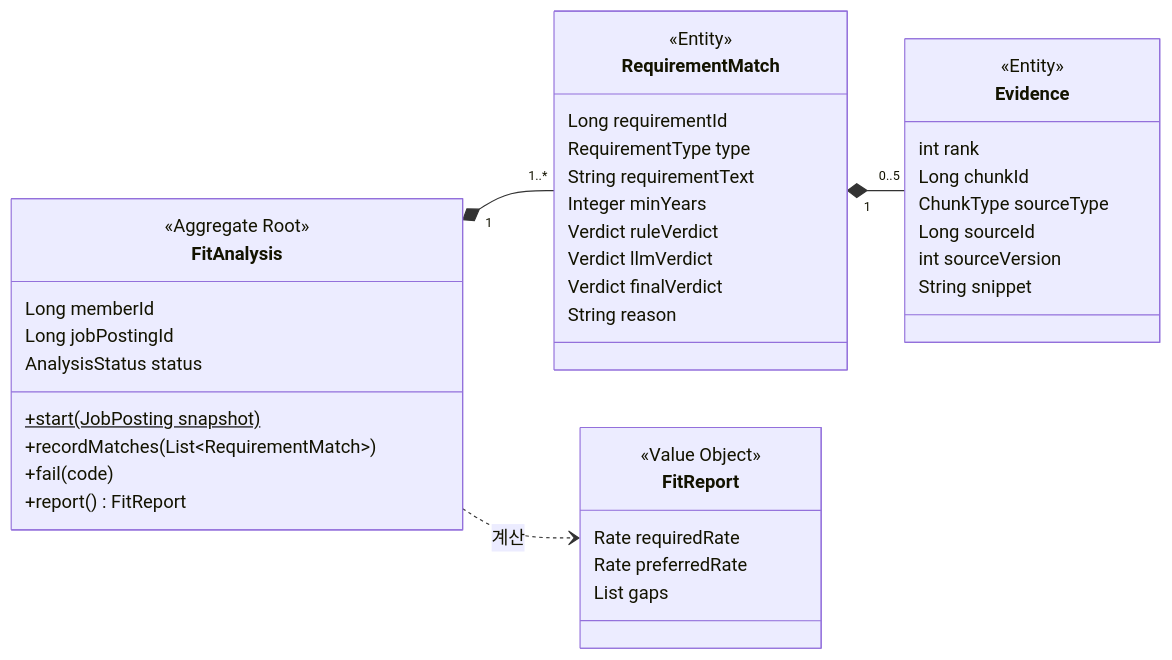
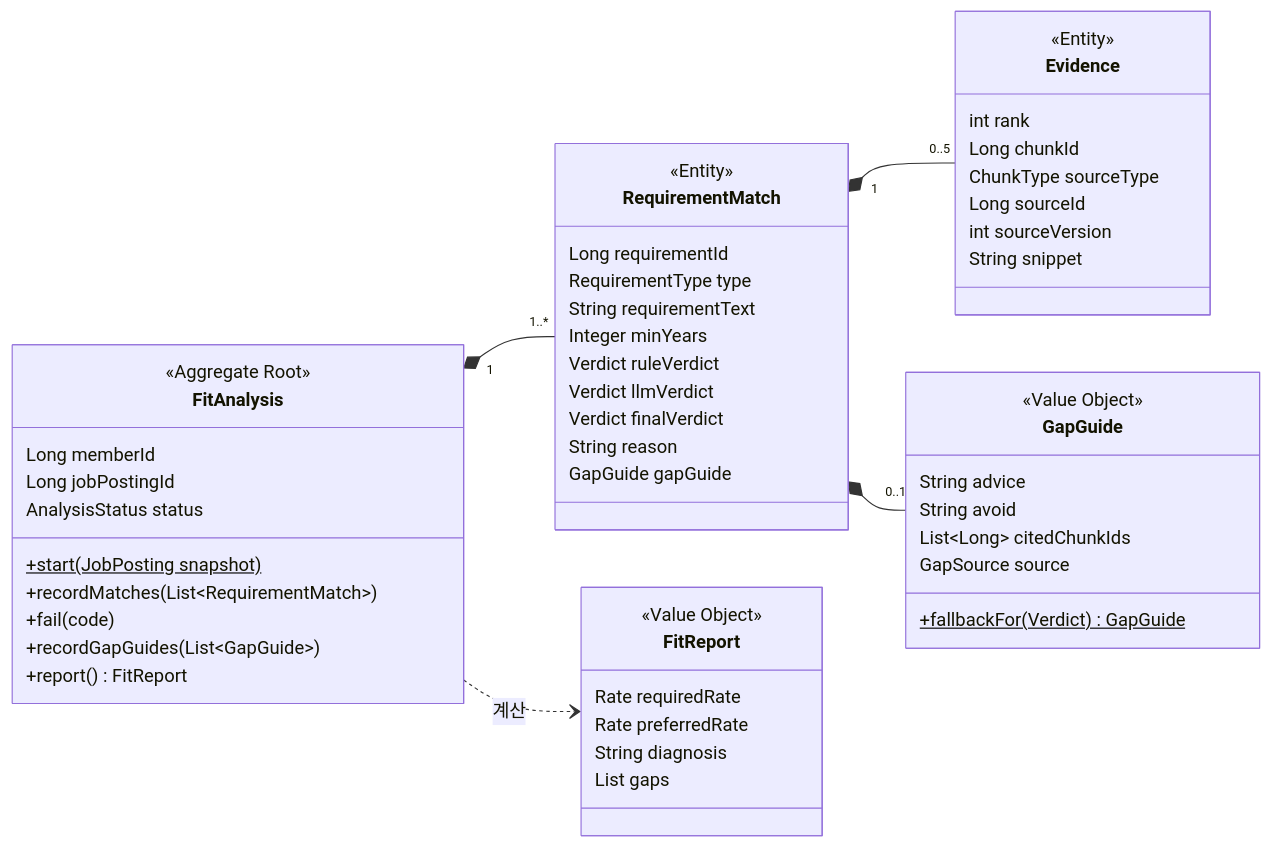
The fourth of 4 diagrams in docs/02-도메인-모델.md (nerd-nam/BE-nerdnam), drawn with Mermaid before and after one commit. The commit also changed other lines of this file and 5 other files, not shown here.

````diff
--- a/docs/02-도메인-모델.md
+++ b/docs/02-도메인-모델.md
@@ -390,43 +393,55 @@
 ```mermaid
 classDiagram
     direction LR
     class FitAnalysis {
         <<Aggregate Root>>
         Long memberId
         Long jobPostingId
         AnalysisStatus status
         +start(JobPosting snapshot)$
         +recordMatches(List~RequirementMatch~)
         +fail(code)
+        +recordGapGuides(List~GapGuide~)
         +report() FitReport
     }
     class RequirementMatch {
         <<Entity>>
         Long requirementId
         RequirementType type
         String requirementText
         Integer minYears
         Verdict ruleVerdict
         Verdict llmVerdict
         Verdict finalVerdict
         String reason
+        GapGuide gapGuide
+    }
+    class GapGuide {
+        <<Value Object>>
+        String advice
+        String avoid
+        List~Long~ citedChunkIds
+        GapSource source
+        +fallbackFor(Verdict)$ GapGuide
     }
     class Evidence {
         <<Entity>>
         int rank
         Long chunkId
         ChunkType sourceType
         Long sourceId
         int sourceVersion
         String snippet
     }
     class FitReport {
         <<Value Object>>
         Rate requiredRate
         Rate preferredRate
+        String diagnosis
         List gaps
     }
     FitAnalysis "1" *-- "1..*" RequirementMatch
     RequirementMatch "1" *-- "0..5" Evidence
+    RequirementMatch *-- "0..1" GapGuide
     FitAnalysis ..> FitReport : 계산
 ```
````
